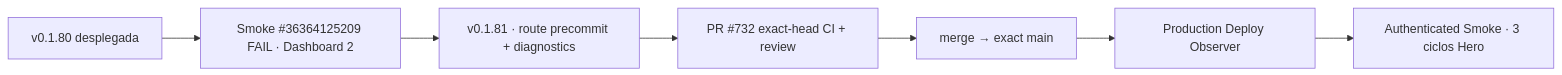
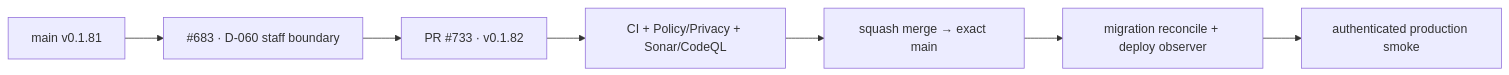
The diagram in README.md (pl0n3r/brvtal), drawn with Mermaid before and after one commit. The commit also changed other lines of this file and 17 other files, not shown here.

````diff
--- a/README.md
+++ b/README.md
@@ -73,9 +77,9 @@
 ```mermaid
 flowchart LR
-  A["v0.1.80 desplegada"] --> B["Smoke #36364125209 FAIL · Dashboard 2"]
-  B --> C["v0.1.81 · route precommit + diagnostics"]
-  C --> D["PR #732 exact-head CI + review"]
-  D --> E["merge → exact main"]
-  E --> F["Production Deploy Observer"]
-  F --> G["Authenticated Smoke · 3 ciclos Hero"]
+  A["main v0.1.81"] --> B["#683 · D-060 staff boundary"]
+  B --> C["PR #733 · v0.1.82"]
+  C --> D["CI + Policy/Privacy + Sonar/CodeQL"]
+  D --> E["squash merge → exact main"]
+  E --> F["migration reconcile + deploy observer"]
+  F --> G["authenticated production smoke"]
 ```
````
